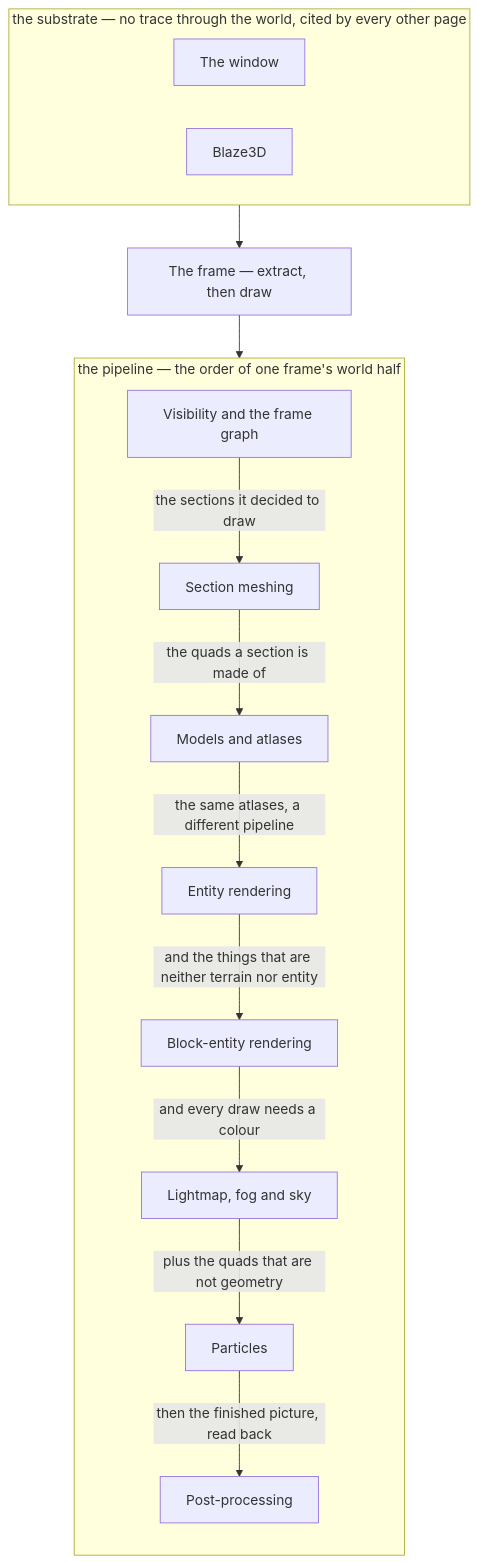
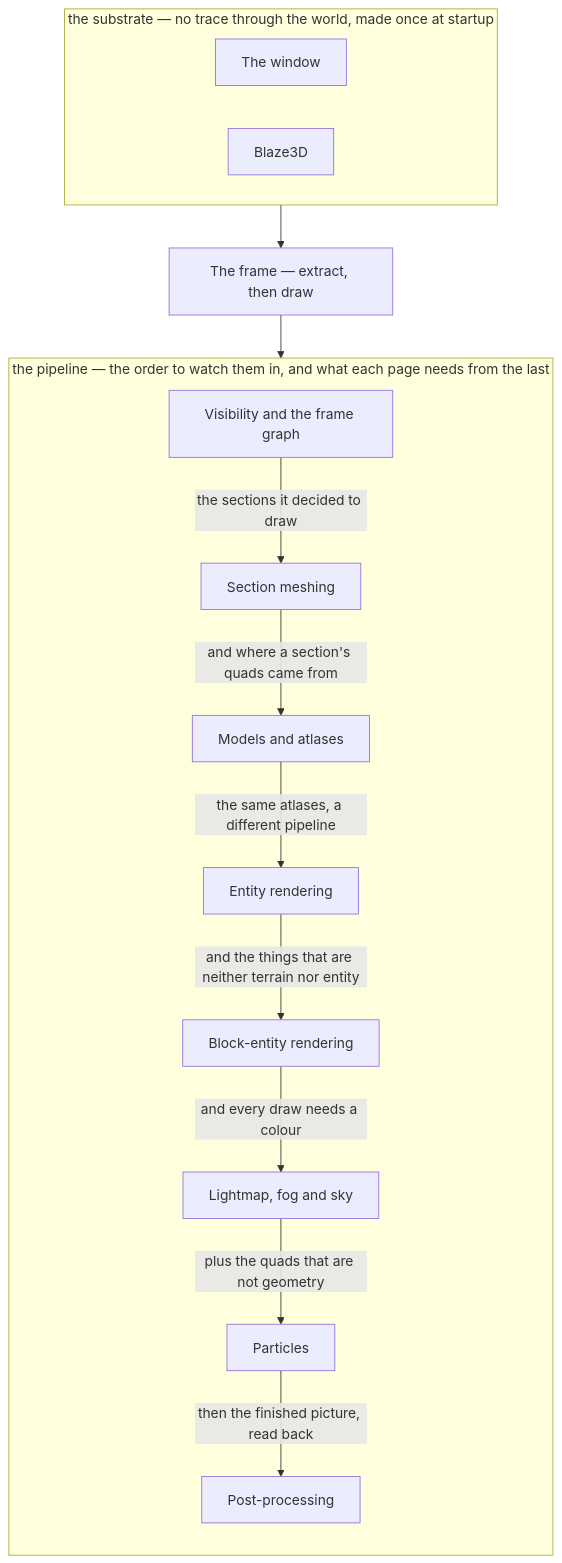
The diagram in src/systems/rendering/README.md (AlexanderjFraser/MinecraftDocs), drawn with Mermaid before and after one commit. The commit also changed other lines of this file and 3 other files, not shown here.

Commit message:
pass 4, session K (wip) — Part XI: the frame, the window, the landing page, the atlases

````diff
--- a/src/systems/rendering/README.md
+++ b/src/systems/rendering/README.md
@@ -34,29 +37,29 @@
 ```mermaid
 flowchart TD
     FRAME["The frame — extract, then draw"]
-    subgraph SUB["the substrate — no trace through the world, cited by every other page"]
+    subgraph SUB["the substrate — no trace through the world, made once at startup"]
         direction LR
         WIN["The window"]
         B3D["Blaze3D"]
     end
-    subgraph PIPE["the pipeline — the order of one frame's world half"]
+    subgraph PIPE["the pipeline — the order to watch them in, and what each page needs from the last"]
         direction TB
         VIS["Visibility and the frame graph"]
         MESH["Section meshing"]
         MOD["Models and atlases"]
         ENT["Entity rendering"]
         BEN["Block-entity rendering"]
         SKY["Lightmap, fog and sky"]
         PART["Particles"]
         POST["Post-processing"]
         VIS -- "the sections it decided to draw" --> MESH
-        MESH -- "the quads a section is made of" --> MOD
+        MESH -- "and where a section's quads came from" --> MOD
         MOD -- "the same atlases, a different pipeline" --> ENT
         ENT -- "and the things that are neither terrain nor entity" --> BEN
         BEN -- "and every draw needs a colour" --> SKY
         SKY -- "plus the quads that are not geometry" --> PART
         PART -- "then the finished picture, read back" --> POST
     end
     SUB --> FRAME
     FRAME --> PIPE
 ```
````
